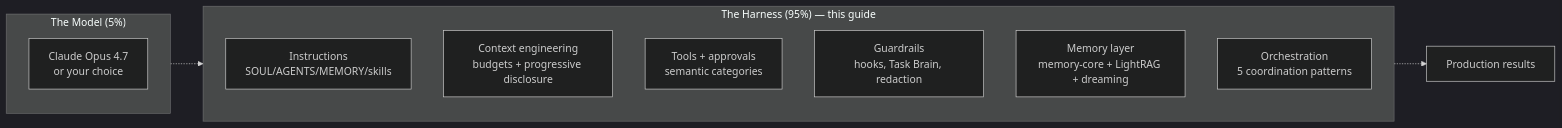
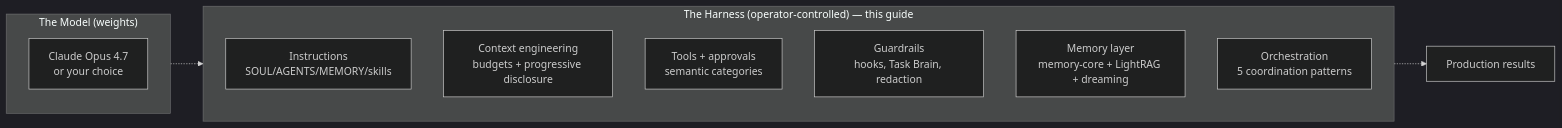
One commit to OnlyTerp/openclaw-optimization-guide changed the first of 4 diagrams in README.md. Above: the diagram before and after it, drawn with Mermaid (dark theme). The commit also changed other lines of this file and 29 other files, not shown here.

````diff
--- a/README.md
+++ b/README.md
@@ -27,17 +38,17 @@
 ```mermaid
 flowchart LR
-    subgraph Model["The Model (5%)"]
+    subgraph Model["The Model (weights)"]
         M[Claude Opus 4.7<br/>or your choice]
     end
-    subgraph Harness["The Harness (95%) — this guide"]
+    subgraph Harness["The Harness (operator-controlled) — this guide"]
         direction TB
         Inst[Instructions<br/>SOUL/AGENTS/MEMORY/skills]
         Ctx[Context engineering<br/>budgets + progressive disclosure]
         Tools[Tools + approvals<br/>semantic categories]
         Guard[Guardrails<br/>hooks, Task Brain, redaction]
         Mem[Memory layer<br/>memory-core + LightRAG + dreaming]
         Orch[Orchestration<br/>5 coordination patterns]
     end
     Model -.-> Harness
     Harness -.-> Results[Production results]
 ```
````
